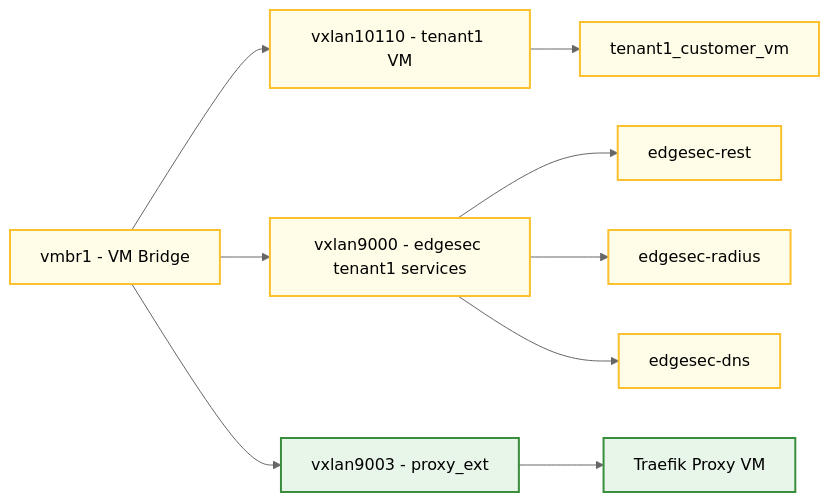
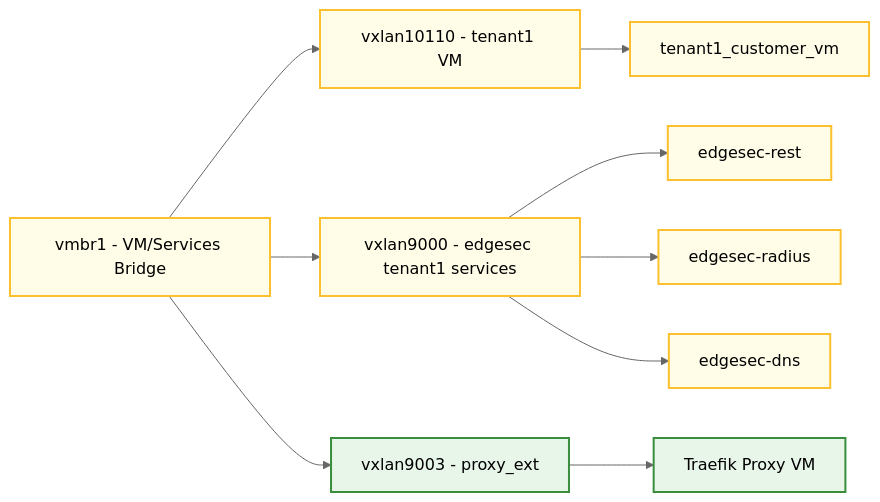
Before and after one commit to CEP-Comwell/proxmox_addons: the third of 4 diagrams in README.md, drawn with Mermaid (neutral theme).

````diff
--- a/README.md
+++ b/README.md
@@ -95,26 +95,26 @@
 ```mermaid
 graph LR
-VMBridge[vmbr1 - VM Bridge]
+VMBridge[vmbr1 - VM/Services Bridge]
 VX10110[vxlan10110 - tenant1 VM]
 VX9000[vxlan9000 - edgesec tenant1 services]
 VX9003[vxlan9003 - proxy_ext]
 CustVM[tenant1_customer_vm]
 RestVM[edgesec-rest]
 RadiusVM[edgesec-radius]
 DNSVM[edgesec-dns]
 ProxyVM[Traefik Proxy VM]
 
 VMBridge --> VX10110
 VMBridge --> VX9000
 VMBridge --> VX9003
 VX10110 --> CustVM
 VX9000 --> RestVM
 VX9000 --> RadiusVM
 VX9000 --> DNSVM
 VX9003 --> ProxyVM
 
 classDef vm fill:#fffde7,stroke:#fbc02d,stroke-width:2px;
 classDef proxy fill:#e8f5e9,stroke:#388e3c,stroke-width:2px;
 class VMBridge,VX10110,VX9000,CustVM,RestVM,RadiusVM,DNSVM vm;
 class VX9003,ProxyVM proxy;
 ```
````
